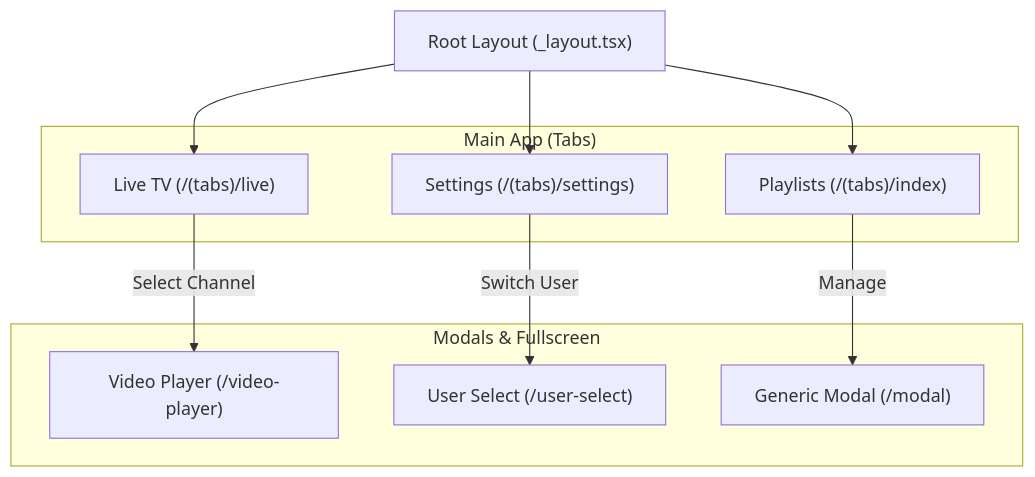
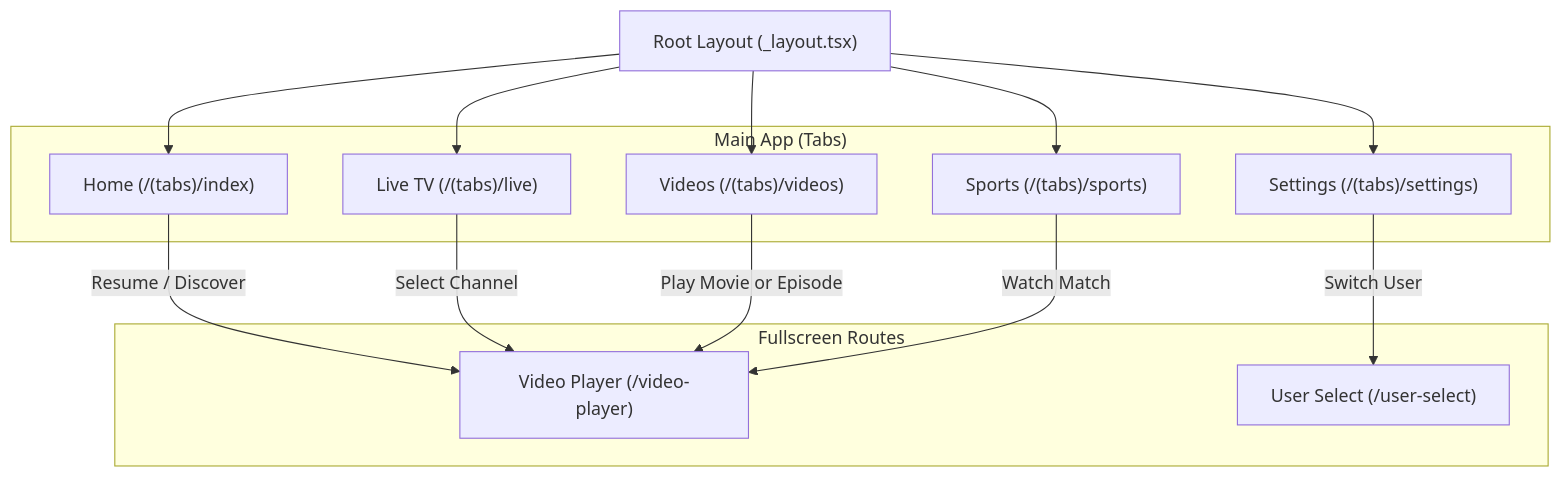
Before and after one commit to eirikeg1/media-player: the second of 3 diagrams in docs/system-architecture.md, drawn with Mermaid. The commit also changed other lines of this file and 326 other files, not shown here.

````diff
--- a/docs/system-architecture.md
+++ b/docs/system-architecture.md
@@ -49,24 +52,29 @@
 ```mermaid
 graph TD
     Root["Root Layout (_layout.tsx)"]
-    
+
     subgraph "Main App (Tabs)"
+        Home["Home (/(tabs)/index)"]
         Live["Live TV (/(tabs)/live)"]
-        Playlists["Playlists (/(tabs)/index)"]
+        Videos["Videos (/(tabs)/videos)"]
+        Sports["Sports (/(tabs)/sports)"]
         Settings["Settings (/(tabs)/settings)"]
     end
 
-    subgraph "Modals & Fullscreen"
+    subgraph "Fullscreen Routes"
         Player["Video Player (/video-player)"]
         UserSel["User Select (/user-select)"]
-        Modal["Generic Modal (/modal)"]
     end
 
-    Root --> Playlists
+    Root --> Home
     Root --> Live
+    Root --> Videos
+    Root --> Sports
     Root --> Settings
-    
+
+    Home -- "Resume / Discover" --> Player
     Live -- "Select Channel" --> Player
-    Playlists -- "Manage" --> Modal
+    Videos -- "Play Movie or Episode" --> Player
+    Sports -- "Watch Match" --> Player
     Settings -- "Switch User" --> UserSel
 ```
````
